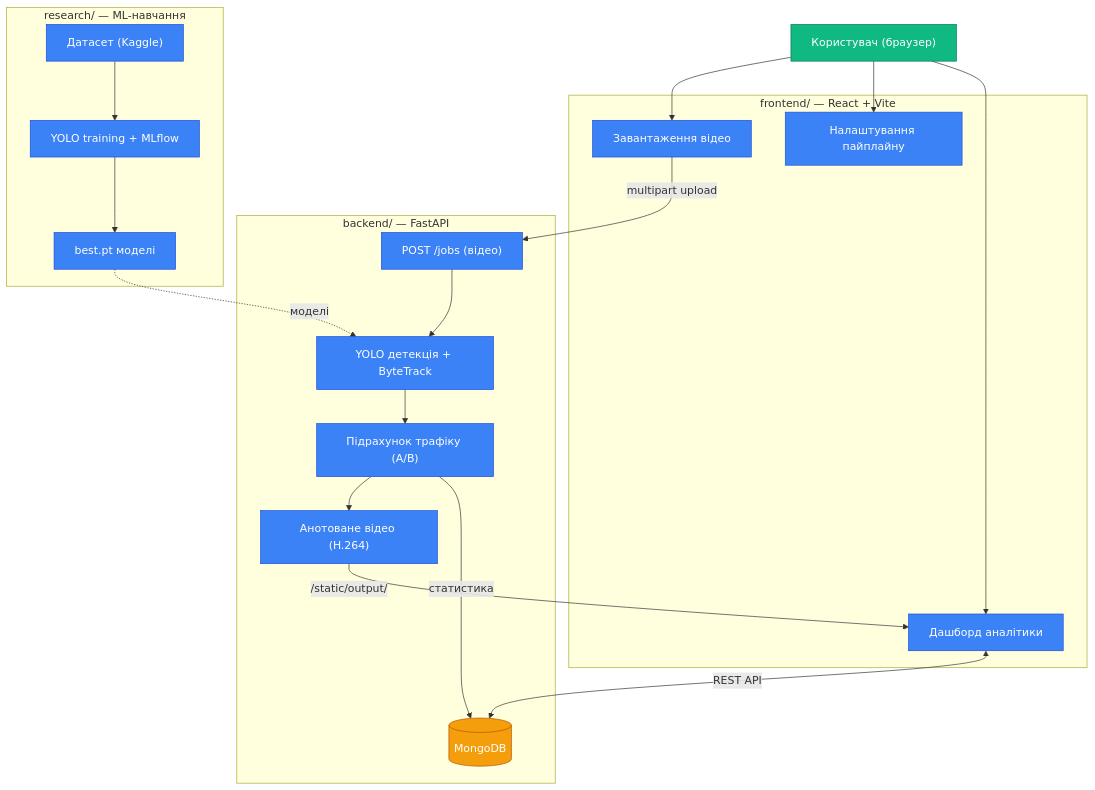
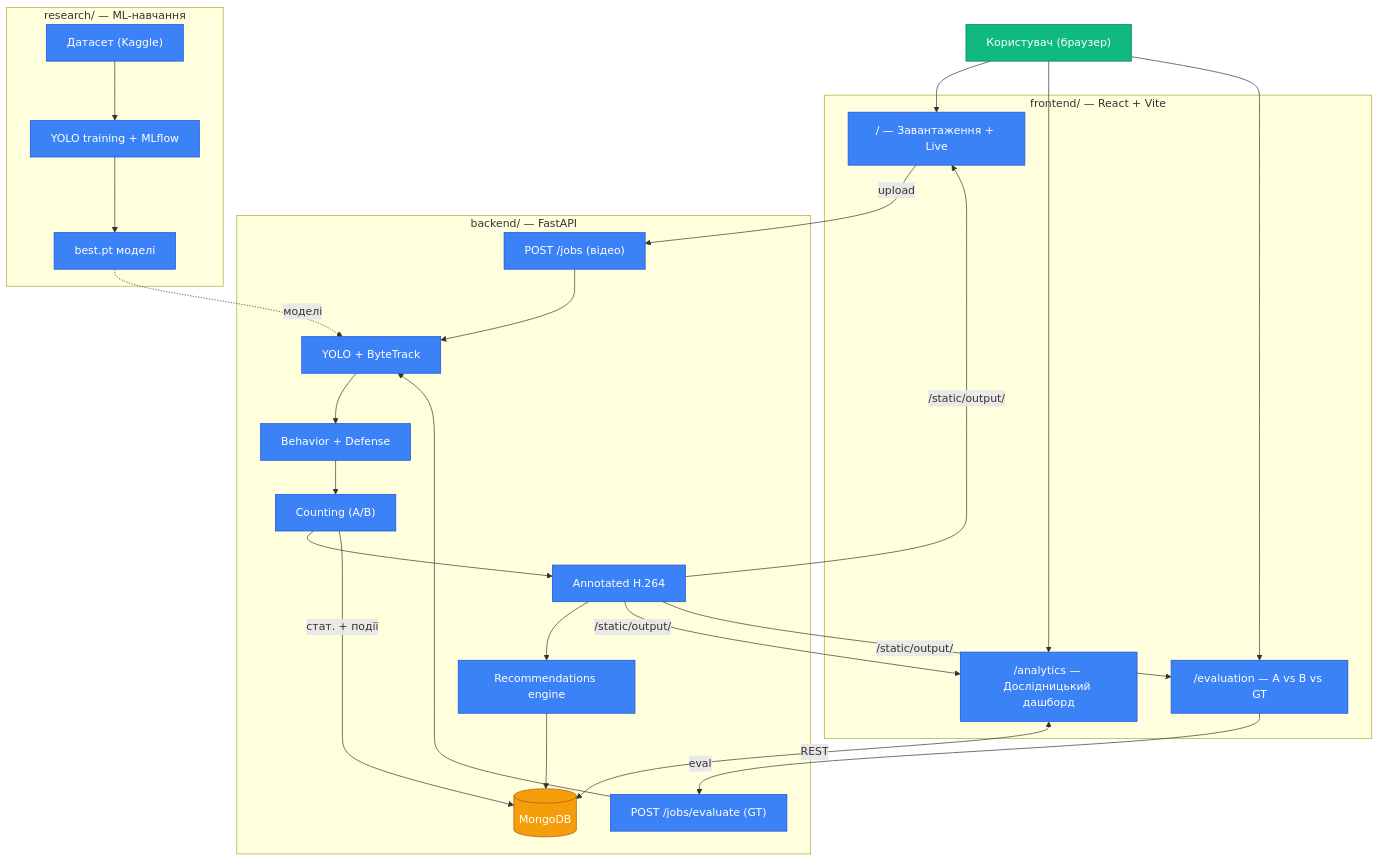
The diagram in README.md (spiowm/bee-monitoring-system), drawn with Mermaid before and after one commit. The commit also changed other lines of this file and 47 other files, not shown here.

Commit message:
feat: implement comprehensive evaluation framework, add diagnostic UI components, and integrate pose-filtering analytics into job dashboard.

````diff
--- a/README.md
+++ b/README.md
@@ -16,40 +16,46 @@
 ```mermaid
 graph TD
     User["Користувач (браузер)"]
 
     subgraph Research ["research/ — ML-навчання"]
         R1["Датасет (Kaggle)"]
         R2["YOLO training + MLflow"]
         R3["best.pt моделі"]
         R1 --> R2 --> R3
     end
 
     subgraph Backend ["backend/ — FastAPI"]
         B1["POST /jobs (відео)"]
-        B2["YOLO детекція + ByteTrack"]
-        B3["Підрахунок трафіку (A/B)"]
-        B4["Анотоване відео (H.264)"]
-        B5[("MongoDB")]
-        B1 --> B2 --> B3 --> B4
-        B3 -->|"статистика"| B5
+        B2["YOLO + ByteTrack"]
+        B3["Behavior + Defense"]
+        B4["Counting (A/B)"]
+        B5["Annotated H.264"]
+        B6[("MongoDB")]
+        B7["Recommendations engine"]
+        B8["POST /jobs/evaluate (GT)"]
+        B1 --> B2 --> B3 --> B4 --> B5
+        B4 -->|"стат. + події"| B6
+        B5 --> B7 --> B6
+        B8 --> B2
     end
 
     subgraph Frontend ["frontend/ — React + Vite"]
-        F1["Завантаження відео"]
-        F2["Налаштування пайплайну"]
-        F3["Дашборд аналітики"]
+        F1["/ — Завантаження + Live"]
+        F2["/analytics — Дослідницький дашборд"]
+        F3["/evaluation — A vs B vs GT"]
     end
 
     R3 -.->|"моделі"| B2
     User --> F1 & F2 & F3
-    F1 -->|"multipart upload"| B1
-    F3 <-->|"REST API"| B5
-    B4 -->|"/static/output/"| F3
+    F1 -->|"upload"| B1
+    F2 <-->|"REST"| B6
+    F3 -->|"eval"| B8
+    B5 -->|"/static/output/"| F1 & F2 & F3
 
     classDef comp fill:#3b82f6,stroke:#1d4ed8,color:#fff
     classDef io fill:#10b981,stroke:#047857,color:#fff
     classDef db fill:#f59e0b,stroke:#b45309,color:#fff
-    class B1,B2,B3,B4,F1,F2,F3,R1,R2,R3 comp
+    class B1,B2,B3,B4,B5,B7,B8,F1,F2,F3,R1,R2,R3 comp
     class User io
-    class B5 db
+    class B6 db
 ```
````
